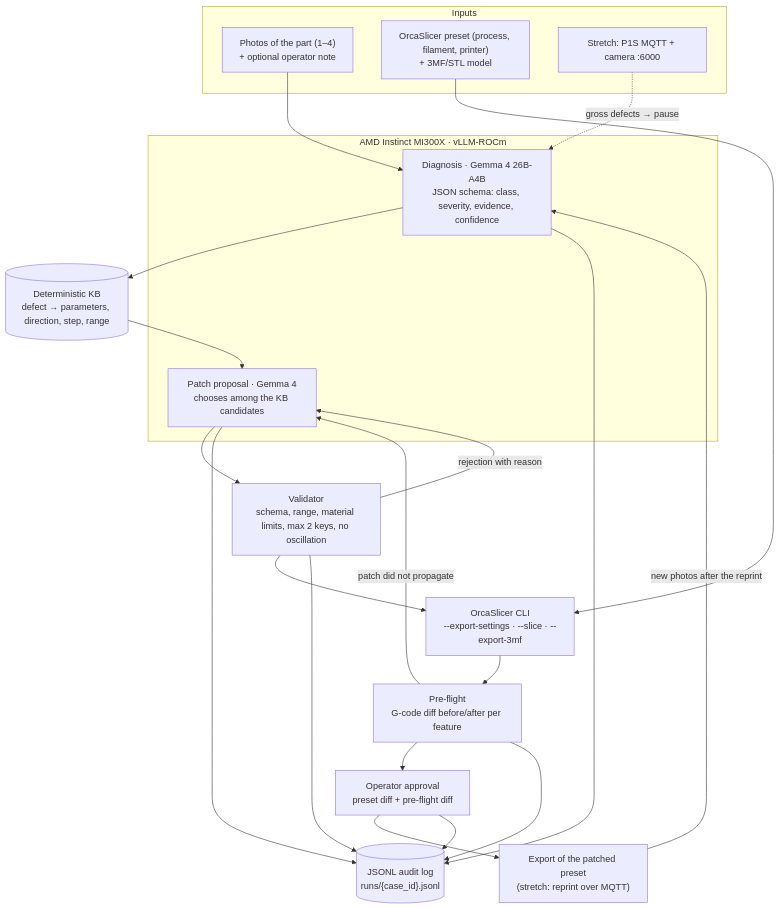
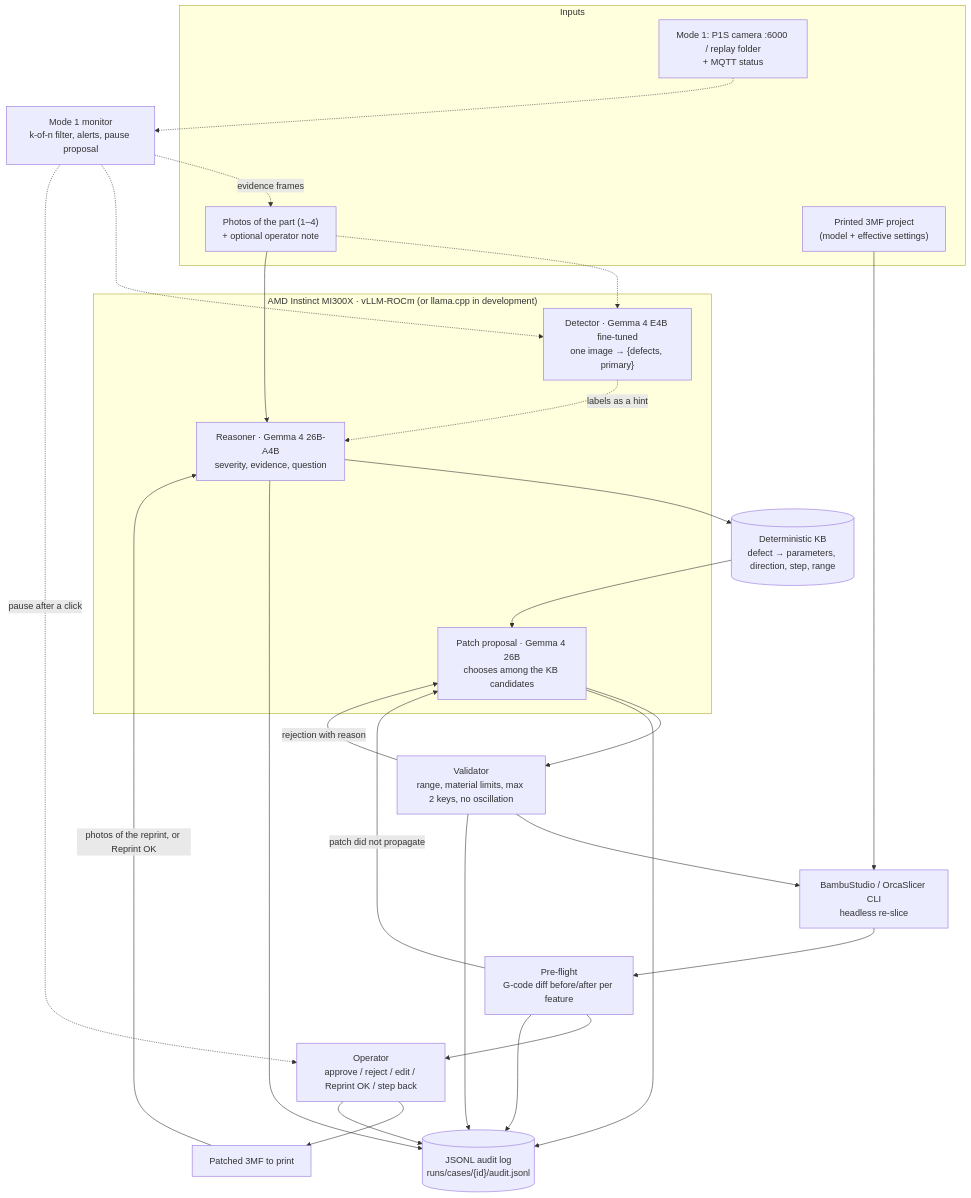
One commit to D3M1S22/printloop changed the diagram in docs/printloop/03_ARCHITECTURE.md. Above: the diagram before and after it, drawn with Mermaid. The commit also changed other lines of this file and 12 other files, not shown here.

First line of the commit message:
Add implementation specifications for Mode 1 live monitoring and Mode 2 with two models

````diff
--- a/docs/printloop/03_ARCHITECTURE.md
+++ b/docs/printloop/03_ARCHITECTURE.md
@@ -11,30 +14,36 @@
 ```mermaid
 flowchart TD
     subgraph In["Inputs"]
         Photos["Photos of the part (1–4)<br/>+ optional operator note"]
-        Preset["OrcaSlicer preset (process, filament, printer)<br/>+ 3MF/STL model"]
-        Live["Stretch: P1S MQTT + camera :6000"]
+        Project["Printed 3MF project<br/>(model + effective settings)"]
+        Cam["Mode 1: P1S camera :6000 / replay folder<br/>+ MQTT status"]
     end
 
-    subgraph AMD["AMD Instinct MI300X · vLLM-ROCm"]
-        Diag["Diagnosis · Gemma 4 26B-A4B<br/>JSON schema: class, severity, evidence, confidence"]
-        Prop["Patch proposal · Gemma 4<br/>chooses among the KB candidates"]
+    subgraph AMD["AMD Instinct MI300X · vLLM-ROCm (or llama.cpp in development)"]
+        Det["Detector · Gemma 4 E4B fine-tuned<br/>one image → {defects, primary}"]
+        Diag["Reasoner · Gemma 4 26B-A4B<br/>severity, evidence, question"]
+        Prop["Patch proposal · Gemma 4 26B<br/>chooses among the KB candidates"]
     end
 
+    Live["Mode 1 monitor<br/>k-of-n filter, alerts, pause proposal"]
     KB[("Deterministic KB<br/>defect → parameters, direction, step, range")]
-    Val["Validator<br/>schema, range, material limits, max 2 keys, no oscillation"]
-    Orca["OrcaSlicer CLI<br/>--export-settings · --slice · --export-3mf"]
+    Val["Validator<br/>range, material limits, max 2 keys, no oscillation"]
+    Slicer["BambuStudio / OrcaSlicer CLI<br/>headless re-slice"]
     PF["Pre-flight<br/>G-code diff before/after per feature"]
-    HITL["Operator approval<br/>preset diff + pre-flight diff"]
-    Out["Export of the patched preset<br/>(stretch: reprint over MQTT)"]
-    Audit[("JSONL audit log<br/>runs/{case_id}.jsonl")]
+    HITL["Operator<br/>approve / reject / edit / Reprint OK / step back"]
+    Out["Patched 3MF to print"]
+    Audit[("JSONL audit log<br/>runs/cases/{id}/audit.jsonl")]
 
+    Cam -.-> Live -.-> Det
+    Live -. "evidence frames" .-> Photos
+    Live -. "pause after a click" .-> HITL
+    Photos -.-> Det
+    Det -. "labels as a hint" .-> Diag
     Photos --> Diag
-    Live -. "gross defects → pause" .-> Diag
-    Preset --> Orca
-    Diag --> KB --> Prop --> Val --> Orca --> PF --> HITL --> Out
-    Out -- "new photos after the reprint" --> Diag
+    Diag --> KB --> Prop --> Val --> Slicer --> PF --> HITL --> Out
+    Project --> Slicer
+    Out -- "photos of the reprint, or Reprint OK" --> Diag
     Val -- "rejection with reason" --> Prop
     PF -- "patch did not propagate" --> Prop
     Diag & Prop & Val & PF & HITL --> Audit
 ```
````
